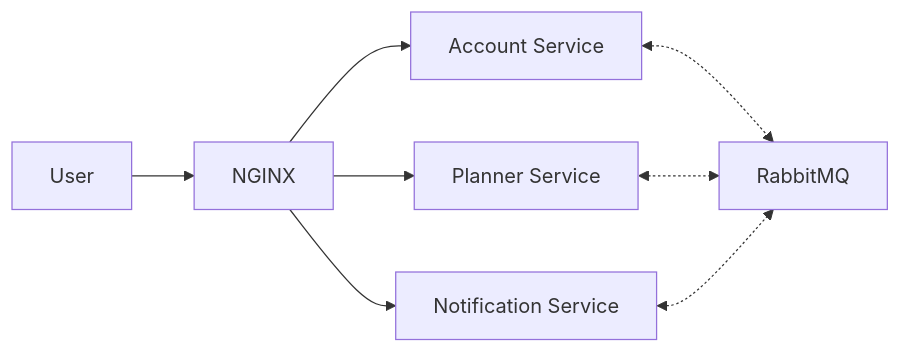
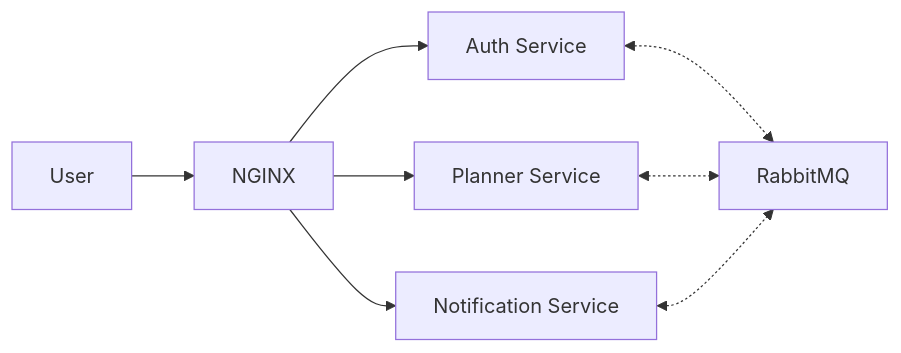
One commit to dsbasko/yandex-go-diploma-1 changed the first of 4 diagrams in readme.md. Above: the diagram before and after it, drawn with Mermaid. The commit also changed other lines of this file, not shown here.

````diff
--- a/readme.md
+++ b/readme.md
@@ -61,19 +51,19 @@
 ```mermaid
 flowchart LR
     user[User]
     nginx[NGINX]
-    accountService[Account Service]
+    authService[Auth Service]
     notificationService[Notification Service]
     plannerService[Planner Service]
     rmq[RabbitMQ]
     
     user --> nginx
     
-    nginx --> accountService
+    nginx --> authService
     nginx --> notificationService
     nginx --> plannerService
 
-    accountService <-.-> rmq
+    authService <-.-> rmq
     plannerService <-.-> rmq
     notificationService <-.-> rmq
 ```
````
